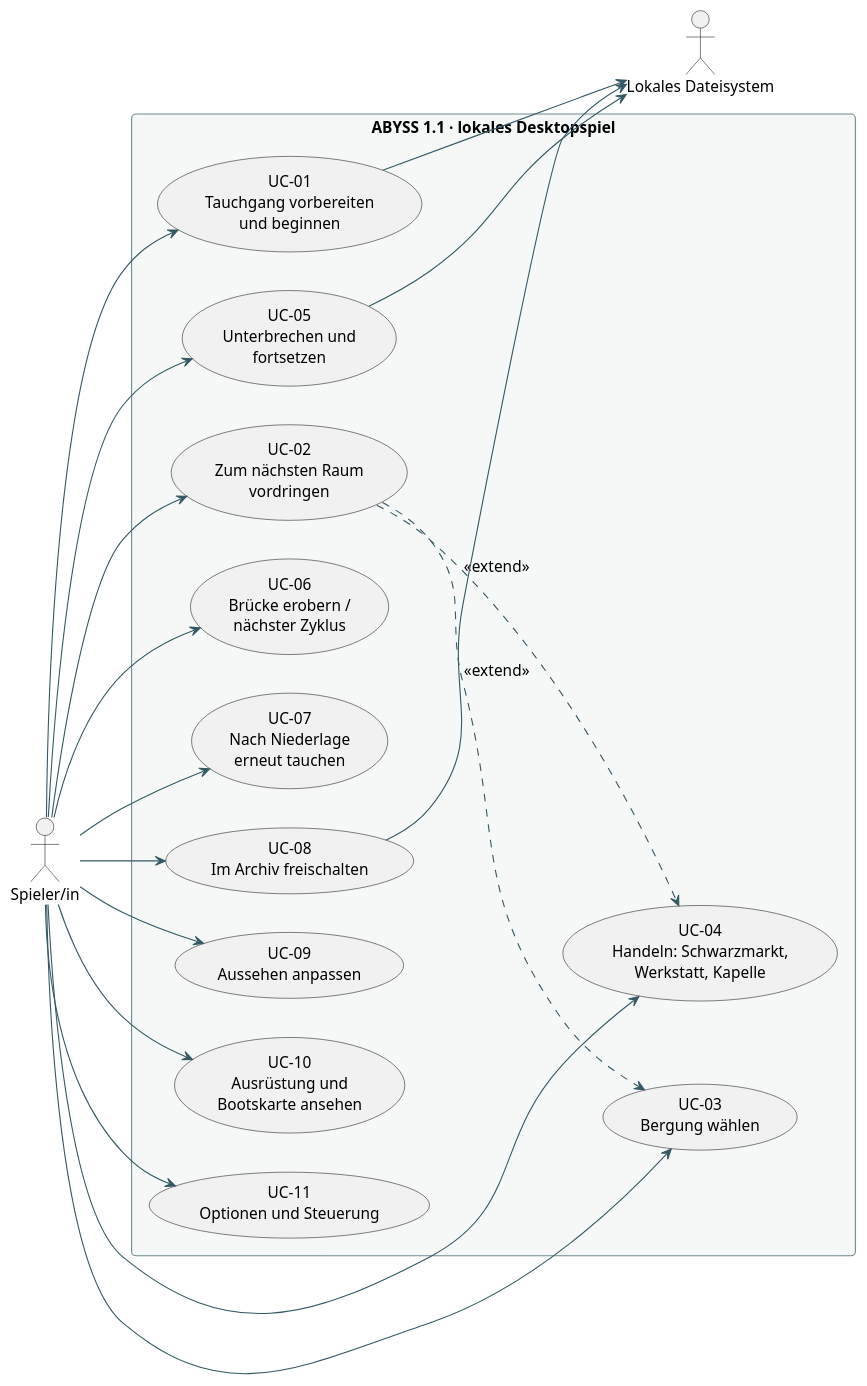
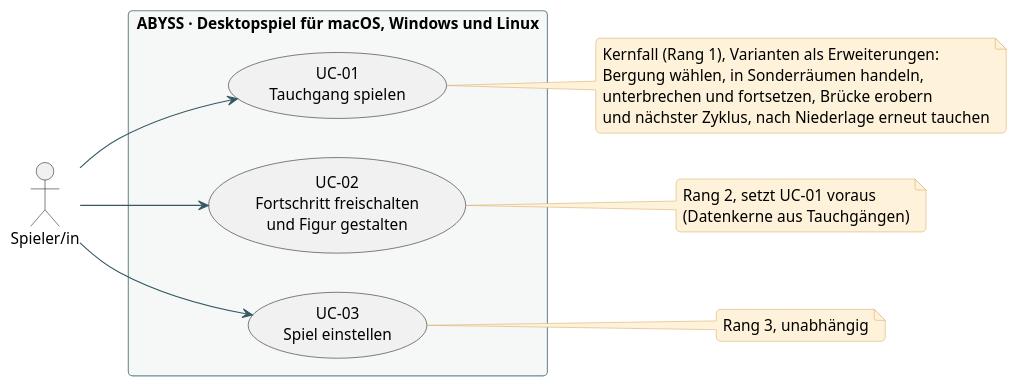
The diagram in docs/diagrams/01-use-cases.puml (bassdav2/abyss), drawn with PlantUML before and after one commit. The commit also changed 168 other files, not shown here.

```diff
--- a/docs/diagrams/01-use-cases.puml
+++ b/docs/diagrams/01-use-cases.puml
@@ -1,53 +1,44 @@
 @startuml
 skinparam backgroundColor #FFFFFF
 skinparam defaultFontName Arial
 skinparam defaultFontSize 14
 skinparam shadowing false
 skinparam roundcorner 8
 skinparam ArrowColor #355863
 skinparam classBackgroundColor #EAF3F2
 skinparam classBorderColor #355863
 skinparam participantBackgroundColor #EAF3F2
 skinparam participantBorderColor #355863
 skinparam sequenceLifeLineBorderColor #7A979C
 skinparam noteBackgroundColor #FFF2DA
 skinparam noteBorderColor #D8AA64
 skinparam packageBackgroundColor #F5F8F7
 skinparam packageBorderColor #6E8B91
 skinparam stateBackgroundColor #EAF3F2
 skinparam stateBorderColor #355863
 hide empty members
 left to right direction
 actor "Spieler/in" as Player
-rectangle "ABYSS 1.1 · lokales Desktopspiel" {
- usecase "UC-01\nTauchgang vorbereiten\nund beginnen" as Start
- usecase "UC-02\nZum nächsten Raum\nvordringen" as Progress
- usecase "UC-03\nBergung wählen" as Reward
- usecase "UC-04\nHandeln: Schwarzmarkt,\nWerkstatt, Kapelle" as Trade
- usecase "UC-05\nUnterbrechen und\nfortsetzen" as Resume
- usecase "UC-06\nBrücke erobern /\nnächster Zyklus" as Win
- usecase "UC-07\nNach Niederlage\nerneut tauchen" as Retry
- usecase "UC-08\nIm Archiv freischalten" as Archive
- usecase "UC-09\nAussehen anpassen" as Wardrobe
- usecase "UC-10\nAusrüstung und\nBootskarte ansehen" as Inventory
- usecase "UC-11\nOptionen und Steuerung" as Options
+rectangle "ABYSS · Desktopspiel für macOS, Windows und Linux" {
+ usecase "UC-01\nTauchgang spielen" as Dive
+ usecase "UC-02\nFortschritt freischalten\nund Figur gestalten" as Progress
+ usecase "UC-03\nSpiel einstellen" as Options
 }
-actor "Lokales Dateisystem" as Disk
-Player --> Start
+Player --> Dive
 Player --> Progress
-Player --> Reward
-Player --> Trade
-Player --> Resume
-Player --> Win
-Player --> Retry
-Player --> Archive
-Player --> Wardrobe
-Player --> Inventory
 Player --> Options
-Progress ..> Reward : <<extend>>
-Progress ..> Trade : <<extend>>
-Start --> Disk
-Resume --> Disk
-Archive --> Disk
+note right of Dive
+ Kernfall (Rang 1), Varianten als Erweiterungen:
+ Bergung wählen, in Sonderräumen handeln,
+ unterbrechen und fortsetzen, Brücke erobern
+ und nächster Zyklus, nach Niederlage erneut tauchen
+end note
+note right of Progress
+ Rang 2, setzt UC-01 voraus
+ (Datenkerne aus Tauchgängen)
+end note
+note right of Options
+ Rang 3, unabhängig
+end note
 
 @enduml
```
